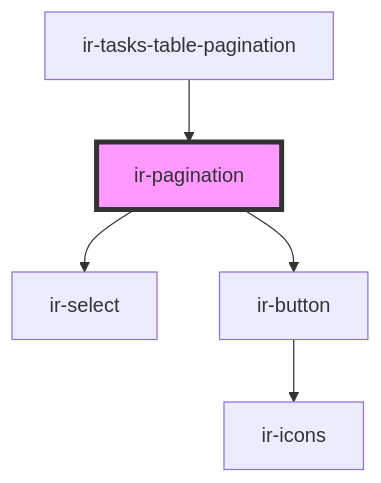
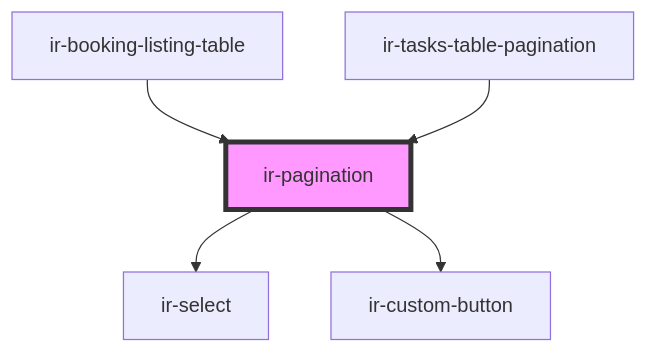
The diagram in src/components/ir-pagination/readme.md (David1Chowaifaty/modified-ir-webcmp), drawn with Mermaid before and after one commit. The commit also changed other lines of this file and 77 other files, not shown here.

````diff
--- a/src/components/ir-pagination/readme.md
+++ b/src/components/ir-pagination/readme.md
@@ -48,8 +49,8 @@
 ```mermaid
 graph TD;
   ir-pagination --> ir-select
-  ir-pagination --> ir-button
-  ir-button --> ir-icons
+  ir-pagination --> ir-custom-button
+  ir-booking-listing-table --> ir-pagination
   ir-tasks-table-pagination --> ir-pagination
   style ir-pagination fill:#f9f,stroke:#333,stroke-width:4px
 ```
````
